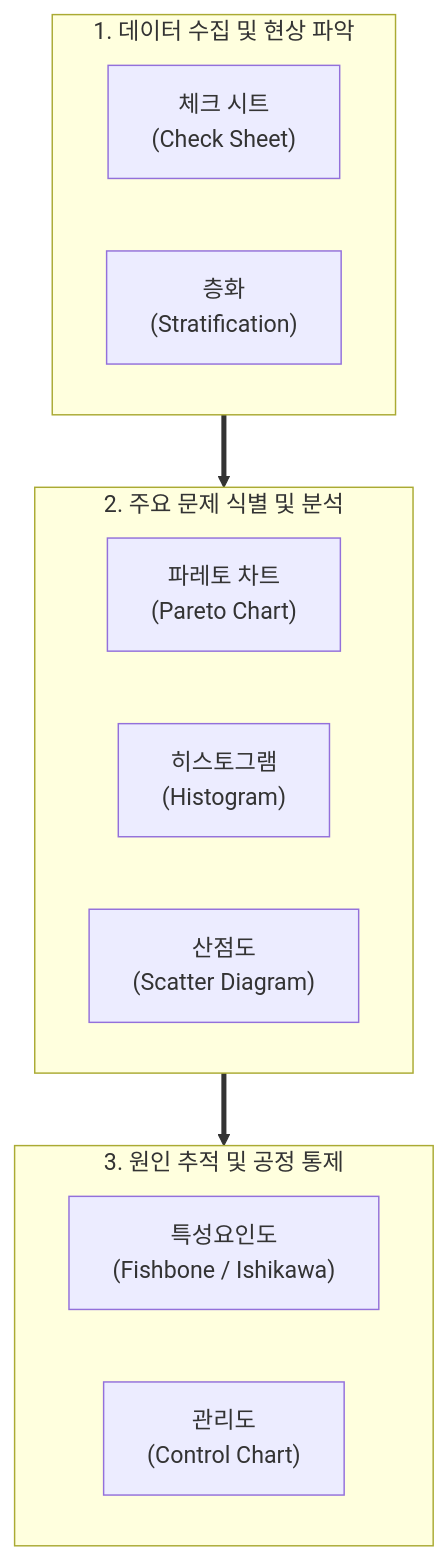
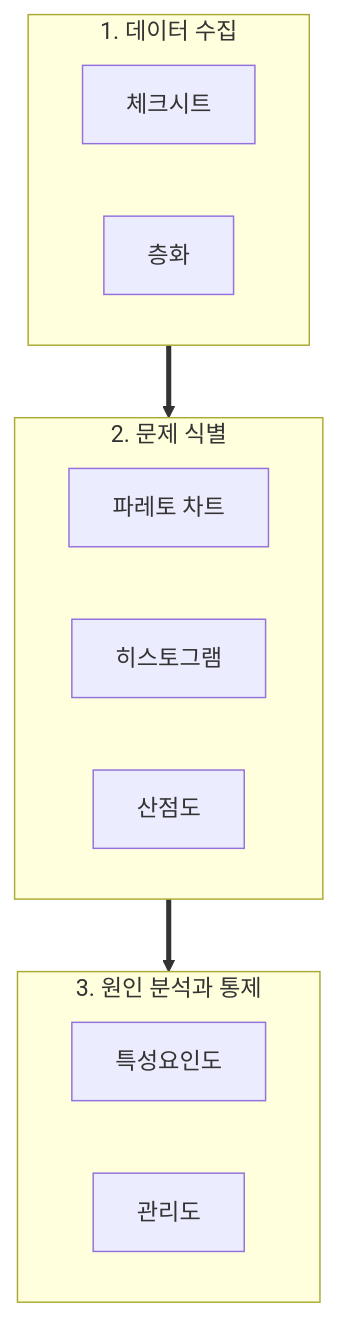
Before and after one commit to supremethumb/supremethumb.github.io: the diagram in content/01_IT Tech/품질통제도구.md, drawn with Mermaid. The commit also changed other lines of this file and 1087 other files, not shown here.

````diff
--- a/content/01_IT Tech/품질통제도구.md
+++ b/content/01_IT Tech/품질통제도구.md
@@ -23,24 +36,20 @@
 ```mermaid
 flowchart TB
-    subgraph Step1 ["1. 데이터 수집 및 현상 파악"]
+    subgraph S1 ["1. 데이터 수집"]
         direction LR
-        CS["체크 시트<br/>(Check Sheet)"]
-        ST["층화<br/>(Stratification)"]
+        CS["체크시트"]
+        ST["층화"]
     end
-
-    subgraph Step2 ["2. 주요 문제 식별 및 분석"]
+    subgraph S2 ["2. 문제 식별"]
         direction LR
-        PC["파레토 차트<br/>(Pareto Chart)"]
-        HG["히스토그램<br/>(Histogram)"]
-        SC["산점도<br/>(Scatter Diagram)"]
+        PC["파레토 차트"]
+        HG["히스토그램"]
+        SC["산점도"]
     end
-
-    subgraph Step3 ["3. 원인 추적 및 공정 통제"]
+    subgraph S3 ["3. 원인 분석과 통제"]
         direction LR
-        IF["특성요인도<br/>(Fishbone / Ishikawa)"]
-        CC["관리도<br/>(Control Chart)"]
+        FB["특성요인도"]
+        CC["관리도"]
     end
-
-    Step1 ==> Step2 ==> Step3
-
+    S1 ==> S2 ==> S3
 ```
````
